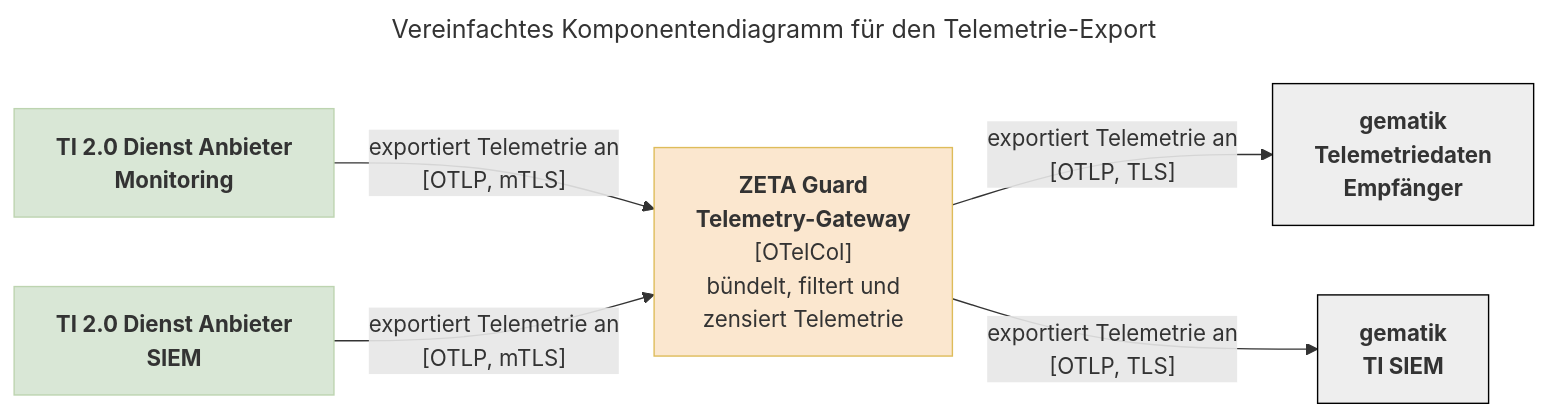
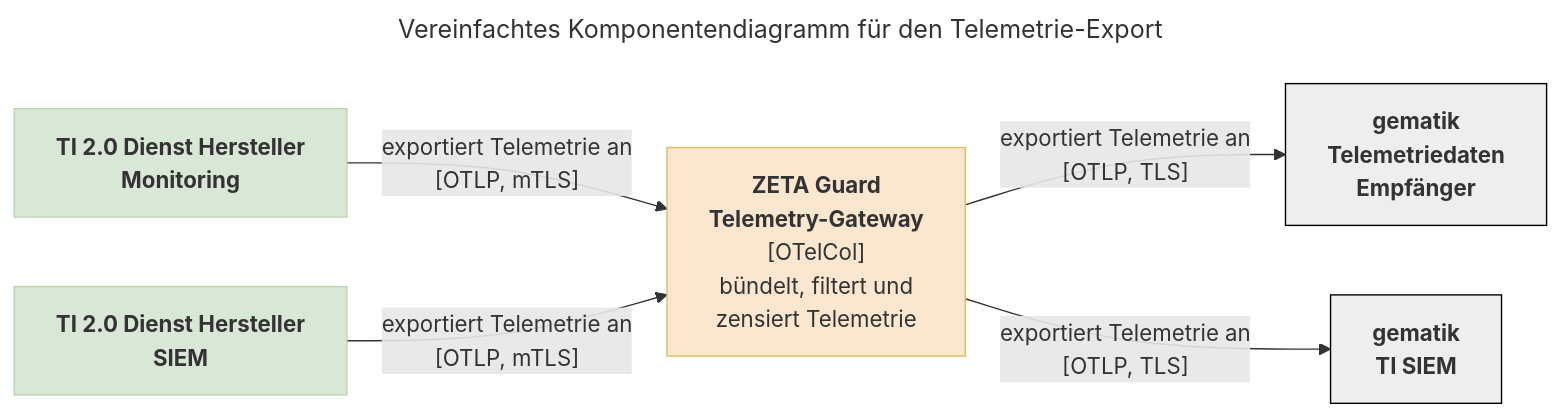
Before and after one commit to gematik/zeta: the diagram in docs/user-manual/Anleitungen/Wie_Sie_Telemetrie_des_Resource_Servers_an_die_gematik_schicken.md, drawn with Mermaid. The commit also changed other lines of this file and 14 other files, not shown here.

````diff
--- a/docs/user-manual/Anleitungen/Wie_Sie_Telemetrie_des_Resource_Servers_an_die_gematik_schicken.md
+++ b/docs/user-manual/Anleitungen/Wie_Sie_Telemetrie_des_Resource_Servers_an_die_gematik_schicken.md
@@ -14,37 +14,37 @@
 ```mermaid
 ---
 title: Vereinfachtes Komponentendiagramm für den Telemetrie-Export
 ---
 flowchart LR
-    DienstAnbieterMonitoring["`**TI 2.0 Dienst Anbieter
+    DienstAnbieterMonitoring["`**TI 2.0 Dienst Hersteller
      Monitoring**`"]
-    DienstAnbieterSiem["`**TI 2.0 Dienst Anbieter
+    DienstAnbieterSiem["`**TI 2.0 Dienst Hersteller
      SIEM**`"]
     Gateway["`**ZETA Guard
      Telemetry-Gateway**
      [OTelCol]
      bündelt, filtert und
      zensiert Telemetrie`"]
     gematikMonitoring["`**gematik
      Telemetriedaten
       Empfänger**`"]
     gematikSiem["`**gematik
      TI SIEM**`"]
     DienstAnbieterMonitoring -->|"`exportiert Telemetrie an
         [OTLP, mTLS]`"| Gateway
     DienstAnbieterSiem -->|"`exportiert Telemetrie an
         [OTLP, mTLS]`"| Gateway
     Gateway -->|"`exportiert Telemetrie an
         [OTLP, TLS]`"| gematikMonitoring
     Gateway -->|"`exportiert Telemetrie an
         [OTLP, TLS]`"| gematikSiem
 
     %% styling
     classDef KomponenteAnwendung fill: #d9e7d6, stroke:#bdd4b0;
     classDef KomponenteBestehend fill: #eeeeee, stroke: black;
     classDef KomponenteZeta fill: #fbe7cf, stroke:#debc5a;
 
     class Gateway KomponenteZeta;
     class DienstAnbieterMonitoring,DienstAnbieterSiem KomponenteAnwendung;
     class gematikMonitoring,gematikSiem KomponenteBestehend;
 ```
````
